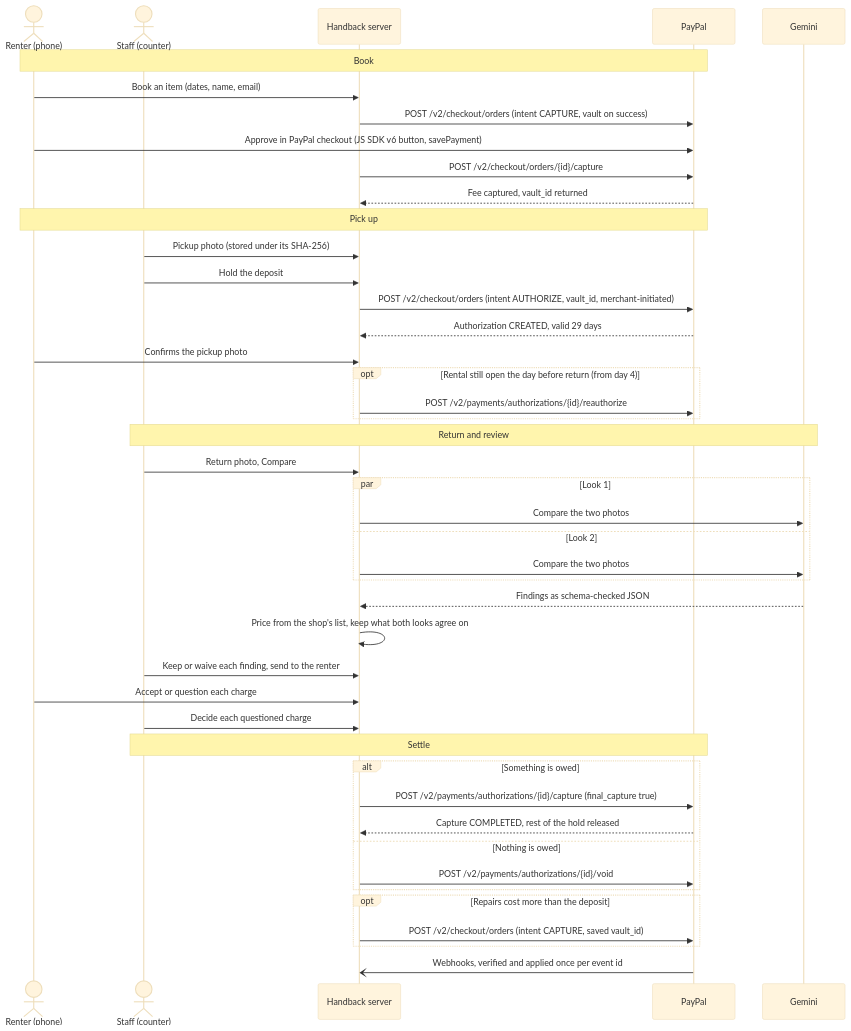
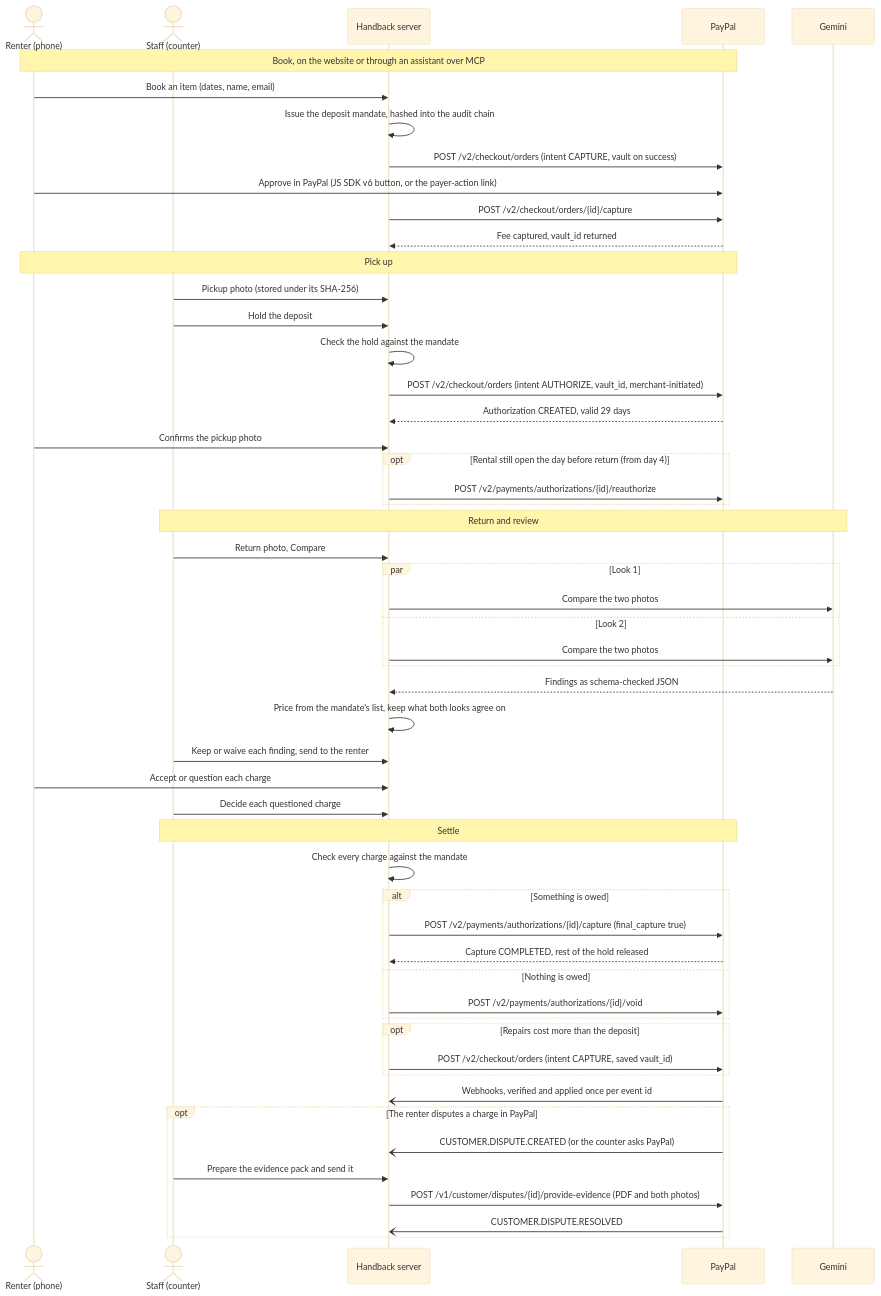
One commit to ZNLong2203/handback changed the diagram in README.md. Above: the diagram before and after it, drawn with Mermaid (base theme). The commit also changed other lines of this file and 1 other file, not shown here.

First line of the commit message:
docs: describe disputes, schedule, MCP and the real-photo eval

````diff
--- a/README.md
+++ b/README.md
@@ -125,50 +175,60 @@
 ```mermaid
 sequenceDiagram
     actor R as Renter (phone)
     actor S as Staff (counter)
     participant A as Handback server
     participant P as PayPal
     participant G as Gemini
 
-    Note over R,P: Book
+    Note over R,P: Book, on the website or through an assistant over MCP
     R->>A: Book an item (dates, name, email)
+    A->>A: Issue the deposit mandate, hashed into the audit chain
     A->>P: POST /v2/checkout/orders (intent CAPTURE, vault on success)
-    R->>P: Approve in PayPal checkout (JS SDK v6 button, savePayment)
+    R->>P: Approve in PayPal (JS SDK v6 button, or the payer-action link)
     A->>P: POST /v2/checkout/orders/{id}/capture
     P-->>A: Fee captured, vault_id returned
 
     Note over R,P: Pick up
     S->>A: Pickup photo (stored under its SHA-256)
     S->>A: Hold the deposit
+    A->>A: Check the hold against the mandate
     A->>P: POST /v2/checkout/orders (intent AUTHORIZE, vault_id, merchant-initiated)
     P-->>A: Authorization CREATED, valid 29 days
     R->>A: Confirms the pickup photo
     opt Rental still open the day before return (from day 4)
         A->>P: POST /v2/payments/authorizations/{id}/reauthorize
     end
 
     Note over S,G: Return and review
     S->>A: Return photo, Compare
     par Look 1
         A->>G: Compare the two photos
     and Look 2
         A->>G: Compare the two photos
     end
     G-->>A: Findings as schema-checked JSON
-    A->>A: Price from the shop's list, keep what both looks agree on
+    A->>A: Price from the mandate's list, keep what both looks agree on
     S->>A: Keep or waive each finding, send to the renter
     R->>A: Accept or question each charge
     S->>A: Decide each questioned charge
 
     Note over S,P: Settle
+    A->>A: Check every charge against the mandate
     alt Something is owed
         A->>P: POST /v2/payments/authorizations/{id}/capture (final_capture true)
         P-->>A: Capture COMPLETED, rest of the hold released
     else Nothing is owed
         A->>P: POST /v2/payments/authorizations/{id}/void
     end
     opt Repairs cost more than the deposit
         A->>P: POST /v2/checkout/orders (intent CAPTURE, saved vault_id)
     end
     P-)A: Webhooks, verified and applied once per event id
+
+    opt The renter disputes a charge in PayPal
+        P-)A: CUSTOMER.DISPUTE.CREATED (or the counter asks PayPal)
+        S->>A: Prepare the evidence pack and send it
+        A->>P: POST /v1/customer/disputes/{id}/provide-evidence (PDF and both photos)
+        P-)A: CUSTOMER.DISPUTE.RESOLVED
+    end
 ```
````
